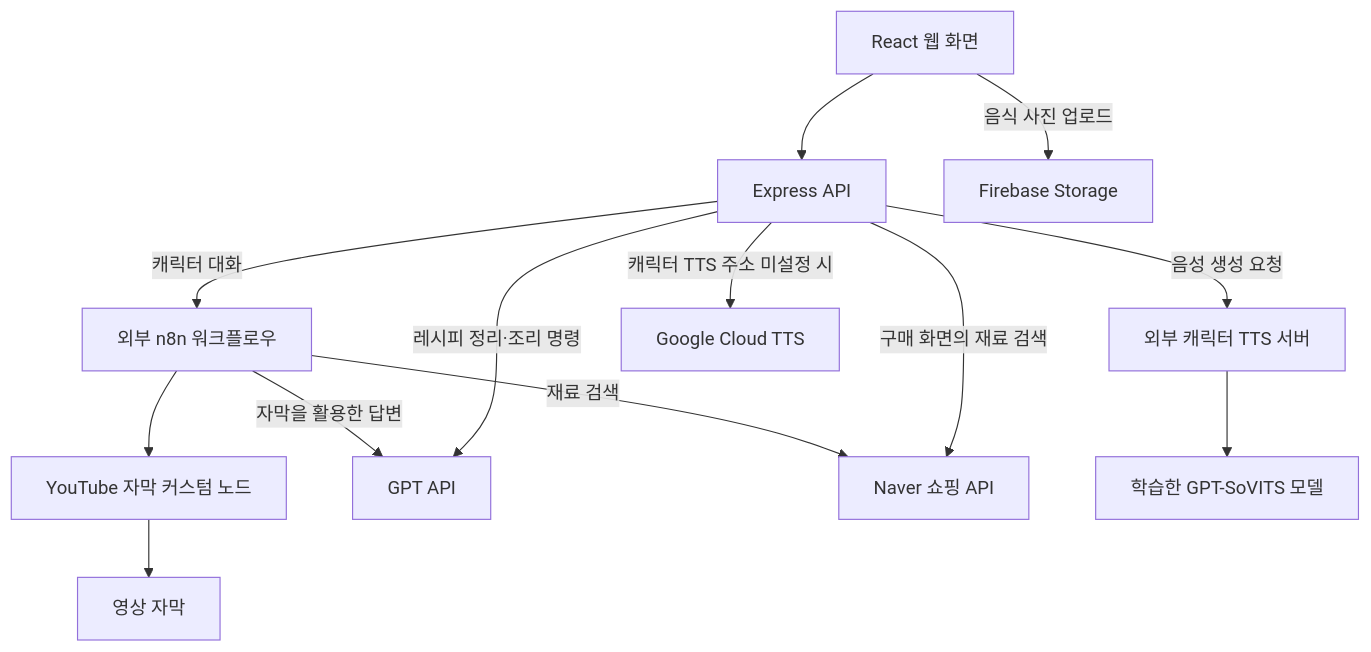
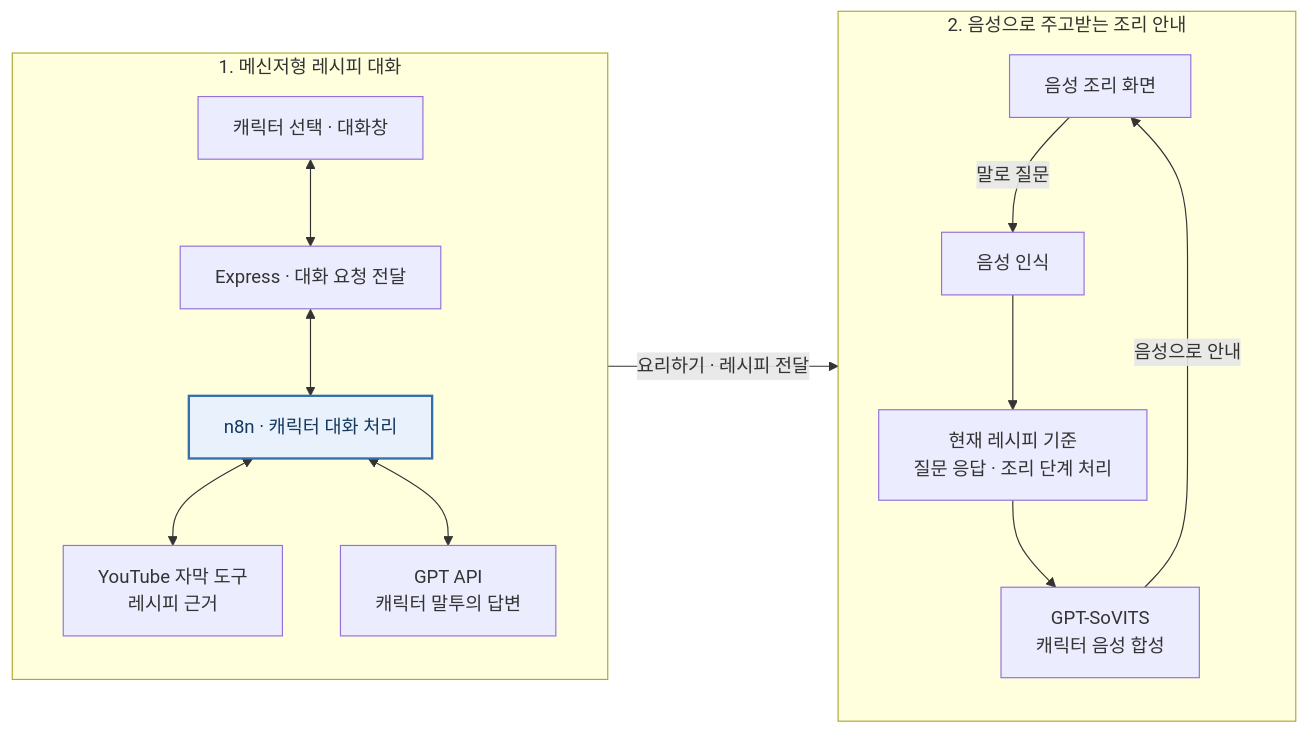
One commit to GiHnHn/jang-geum-i-capstone changed the diagram in README.md. Above: the diagram before and after it, drawn with Mermaid. The commit also changed other lines of this file and 3 other files, not shown here.

Commit message:
docs: correct final n8n chat and voice cooking flow

````diff
--- a/README.md
+++ b/README.md
@@ -39,15 +40,20 @@
 ```mermaid
-flowchart TD
-    UI["React 웹 화면"] --> API["Express API"]
-    UI -->|음식 사진 업로드| FS["Firebase Storage"]
-    API -->|캐릭터 대화| N8N["외부 n8n 워크플로우"]
-    N8N --> TRANSCRIPT["YouTube 자막 커스텀 노드"]
-    TRANSCRIPT --> YT["영상 자막"]
-    N8N -->|자막을 활용한 답변| GPT["GPT API"]
-    N8N -->|재료 검색| NAVER["Naver 쇼핑 API"]
-    API -->|레시피 정리·조리 명령| GPT
-    API -->|음성 생성 요청| TTS["외부 캐릭터 TTS 서버"]
-    TTS --> VOICE["학습한 GPT-SoVITS 모델"]
-    API -->|캐릭터 TTS 주소 미설정 시| GOOGLE["Google Cloud TTS"]
-    API -->|구매 화면의 재료 검색| NAVER
+flowchart LR
+    subgraph CHAT["1. 메신저형 레시피 대화"]
+        direction TB
+        UI["캐릭터 선택 · 대화창"] <--> API["Express · 대화 요청 전달"]
+        API <--> N8N["n8n · 캐릭터 대화 처리"]
+        N8N <--> YT["YouTube 자막 도구<br/>레시피 근거"]
+        N8N <--> GPT["GPT API<br/>캐릭터 말투의 답변"]
+    end
+    subgraph VOICE["2. 음성으로 주고받는 조리 안내"]
+        direction TB
+        COOK["음성 조리 화면"] -->|"말로 질문"| STT["음성 인식"]
+        STT --> ANSWER["현재 레시피 기준<br/>질문 응답 · 조리 단계 처리"]
+        ANSWER --> TTS["GPT-SoVITS<br/>캐릭터 음성 합성"]
+        TTS -->|"음성으로 안내"| COOK
+    end
+    CHAT -->|"요리하기 · 레시피 전달"| VOICE
+    classDef main fill:#E8F1FC,stroke:#356EAF,stroke-width:2px,color:#14385E;
+    class N8N main;
 ```
````
